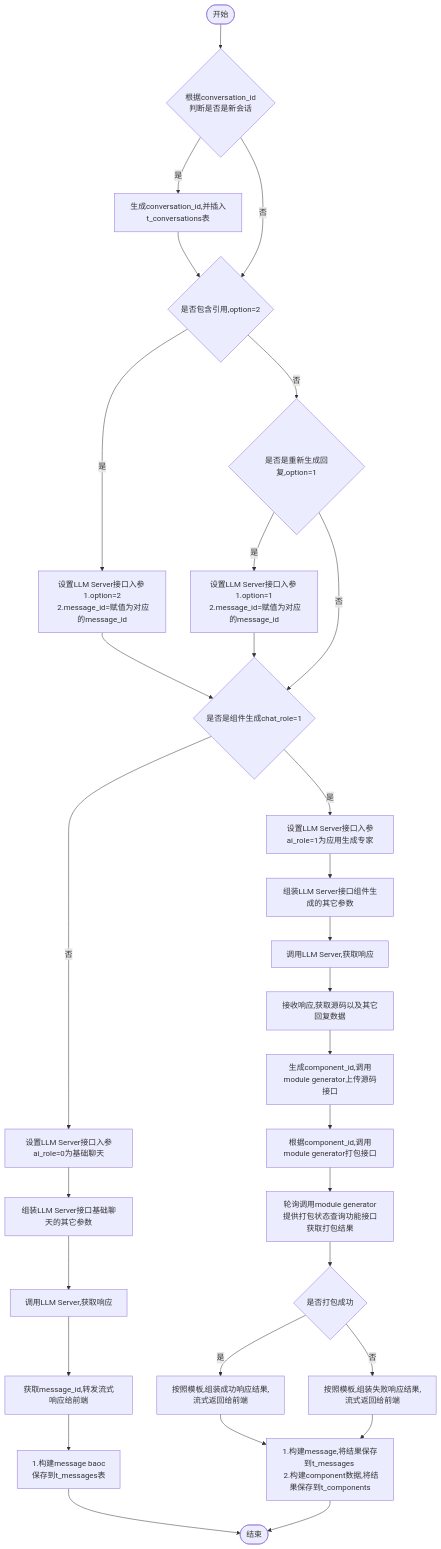
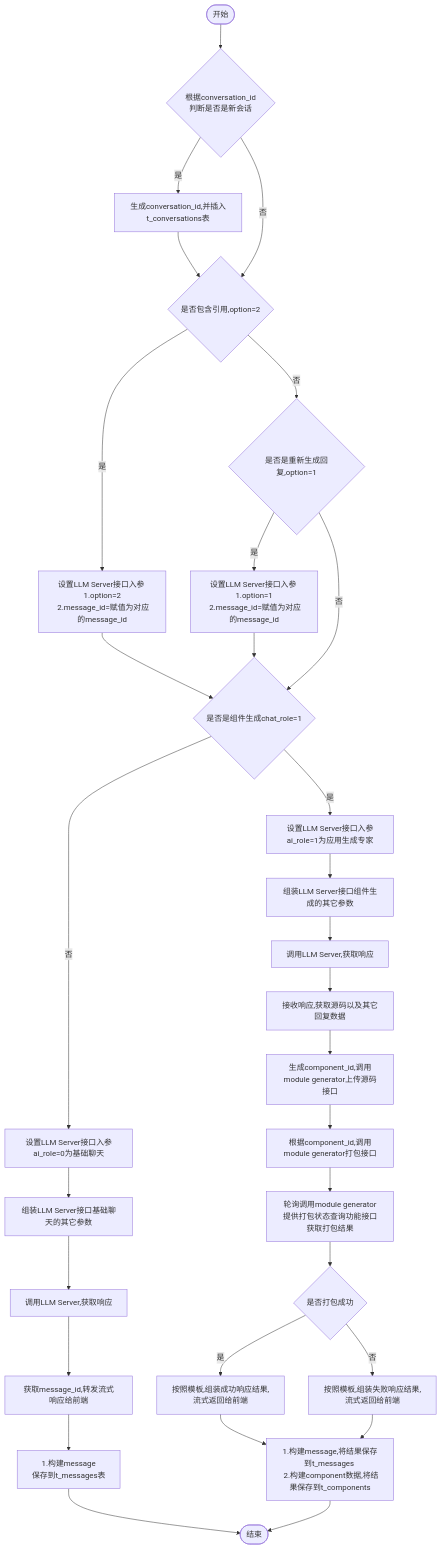
The diagram in all/w3-会话-不需要传递message.md (yingjianzh/iodraw-files), drawn with Mermaid before and after one commit.

Commit message:
2024-10-14 14:03:41 update

````diff
--- a/all/w3-会话-不需要传递message.md
+++ b/all/w3-会话-不需要传递message.md
@@ -1,36 +1,36 @@
 ```mermaid
 flowchart TD
     A([开始]) --> B{根据conversation_id \n 判断是否是新会话}
     B -- 是 --> C[生成conversation_id,并插入t_conversations表]
     C --> D
     B -- 否 --> D{是否包含引用,option=2}
     D -- 是 --> E[设置LLM Server接口入参 \n 1.option=2 \n 2.message_id=赋值为对应的message_id]
     D -- 否 --> F{是否是重新生成回复,option=1}
     F -- 是 --> G[设置LLM Server接口入参 \n 1.option=1 \n 2.message_id=赋值为对应的message_id]
     F -- 否 --> I
      
     E & G --> I{是否是组件生成chat_role=1}
     I -- 否 --> K[设置LLM Server接口入参ai_role=0为基础聊天]
     I -- 是 --> J[设置LLM Server接口入参ai_role=1为应用生成专家]
     
 
     J --> L[组装LLM Server接口组件生成的其它参数]    
     K --> M[组装LLM Server接口基础聊天的其它参数]    
     M --> N[调用LLM Server,获取响应]    
     N --> O[获取message_id,转发流式响应给前端]
-    O --> P[1.构建message baoc  \n 保存到t_messages表]
+    O --> P[1.构建message \n 保存到t_messages表]
     P --> R([结束])
 
 
     L --> S[调用LLM Server,获取响应]
     S --> T[接收响应,获取源码以及其它回复数据]
     T --> U[生成component_id,调用module generator上传源码接口]
     U --> V[根据component_id,调用module generator打包接口]
     V --> W[轮询调用module generator提供打包状态查询功能接口获取打包结果]
     W --> X{是否打包成功}
     X -- 是 --> Y[按照模板,组装成功响应结果,流式返回给前端]
     X -- 否 --> Z[按照模板,组装失败响应结果,流式返回给前端]
 
     Y & Z --> Result[1.构建message,将结果保存到t_messages \n 2.构建component数据,将结果保存到t_components]
     Result --> R
 ```
````
